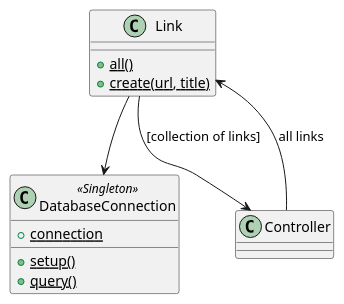
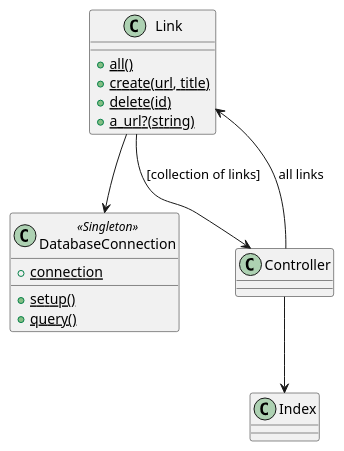
The diagram in user_stories.puml (meta-morpho-sys/new_bookmark_manager), drawn with PlantUML before and after one commit. The commit also changed 4 other files, not shown here.

Commit message:
Updated README and diagrams. Fixed an imprecise test.

```diff
--- a/user_stories.puml
+++ b/user_stories.puml
@@ -1,18 +1,21 @@
 @startuml
 
 class Link {
     +{static} all()
     +{static} create(url, title)
+    +{static} delete(id)
+    +{static} a_url?(string)
 }
 
 class DatabaseConnection <<Singleton>>  {
     +{static} connection
     +{static} setup()
     +{static} query()
 }
 
 Controller --> Link: all links
+Controller --> Index
 Link --> Controller: [collection of links]
 Link --> DatabaseConnection
 
 @enduml
```
